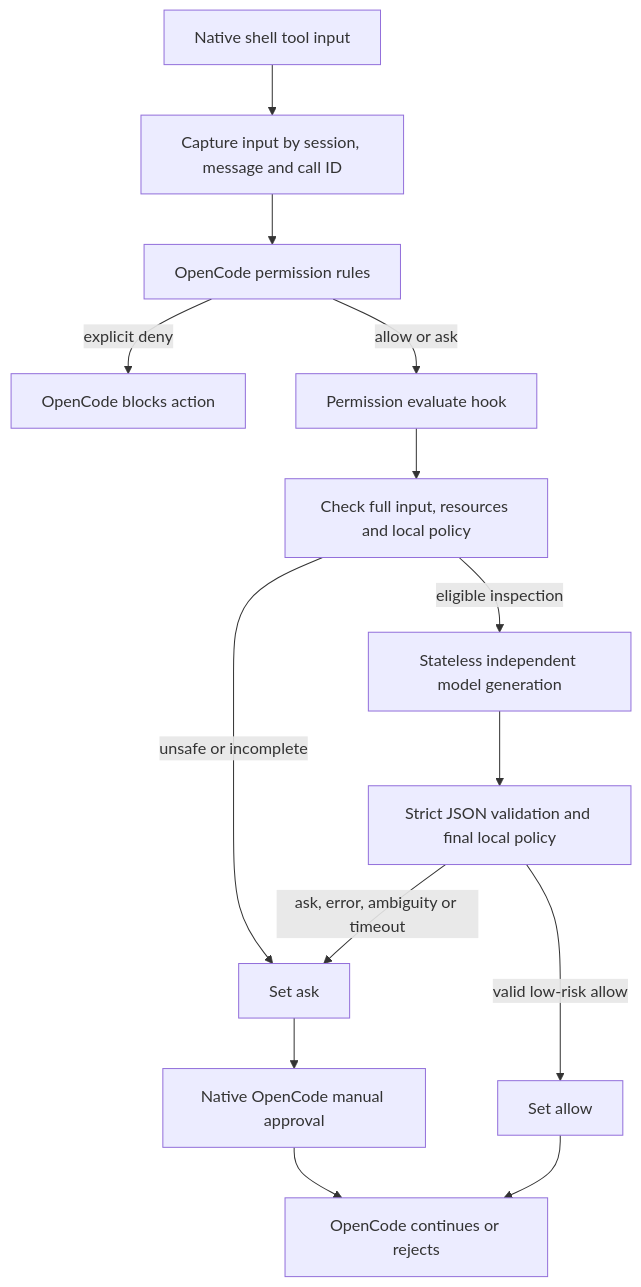
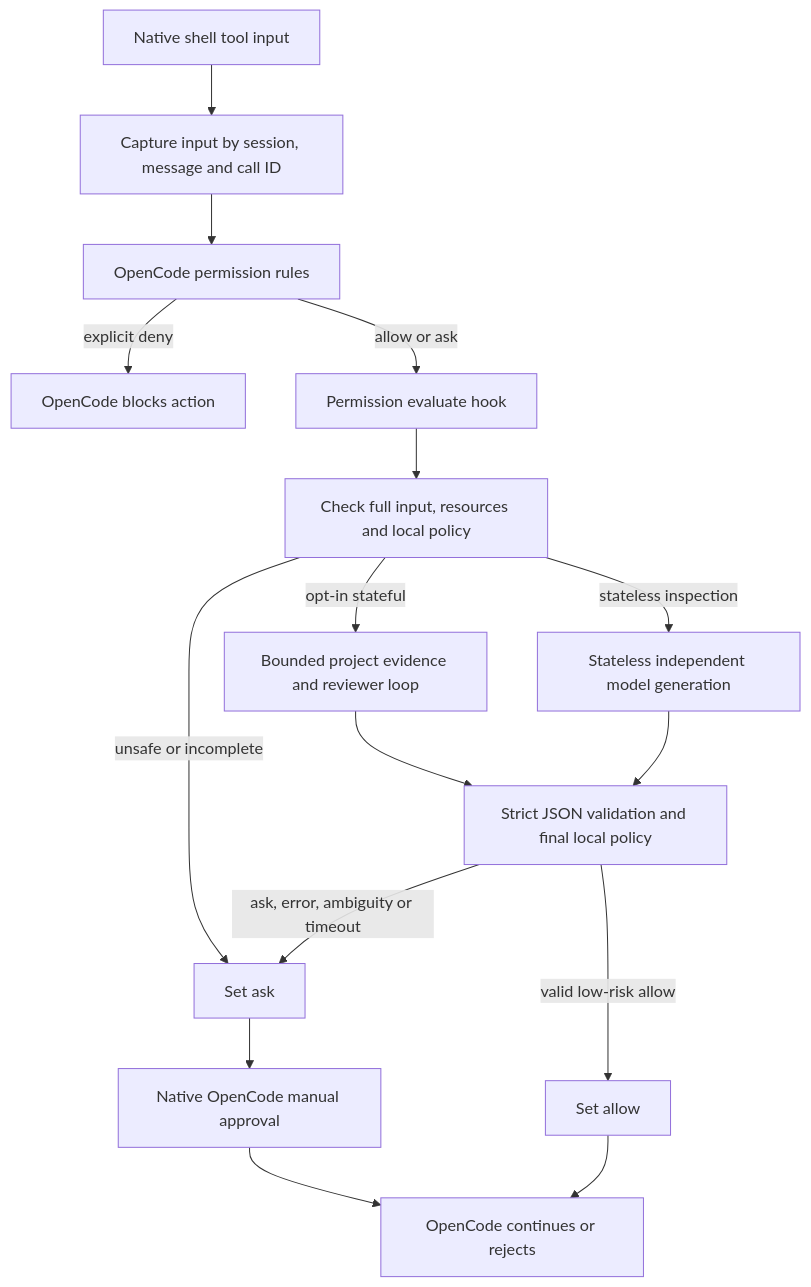
One commit to cesarus777/opencode-censor changed the diagram in README.md. Above: the diagram before and after it, drawn with Mermaid. The commit also changed other lines of this file and 24 other files, not shown here.

Commit message:
Add generic stateful project evidence review

````diff
--- a/README.md
+++ b/README.md
@@ -9,16 +9,18 @@
 ```mermaid
 flowchart TD
   T[Native shell tool input] --> C[Capture input by session, message and call ID]
   C --> R[OpenCode permission rules]
   R -->|explicit deny| D[OpenCode blocks action]
   R -->|allow or ask| H[Permission evaluate hook]
   H --> P[Check full input, resources and local policy]
-  P -->|eligible inspection| L[Stateless independent model generation]
+  P -->|stateless inspection| L[Stateless independent model generation]
+  P -->|opt-in stateful| G[Bounded project evidence and reviewer loop]
+  G --> V
   P -->|unsafe or incomplete| A[Set ask]
   L --> V[Strict JSON validation and final local policy]
   V -->|valid low-risk allow| E[Set allow]
   V -->|ask, error, ambiguity or timeout| A
   A --> U[Native OpenCode manual approval]
   U --> X[OpenCode continues or rejects]
   E --> X
 ```
````
